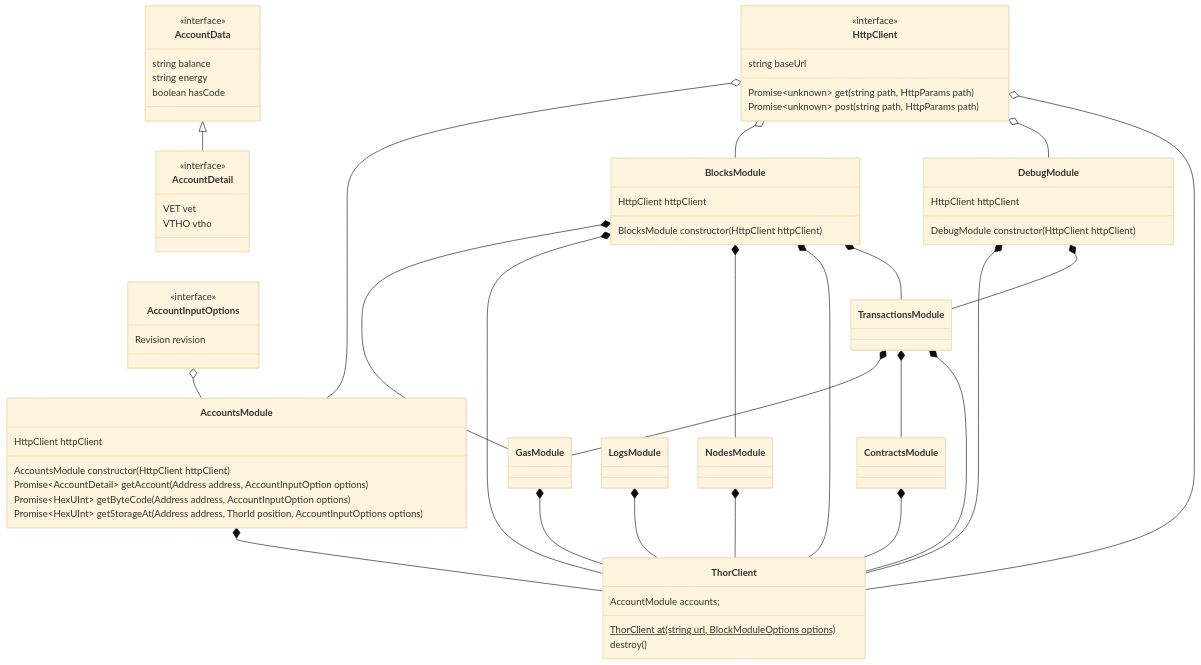
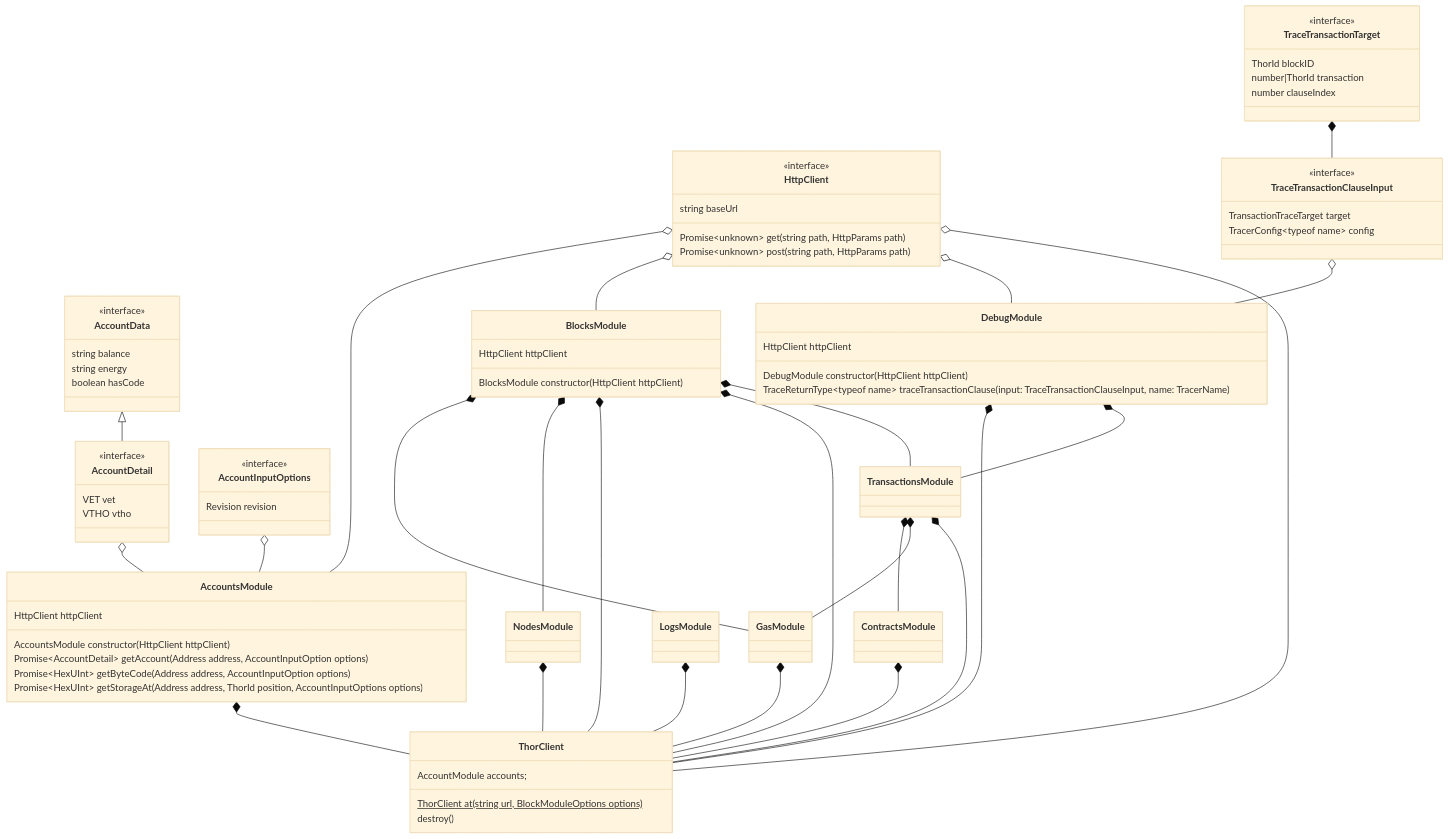
The diagram in docs/diagrams/architecture/network.md (vechain/vechain-sdk-js), drawn with Mermaid (base theme) before and after one commit. The commit also changed 2 other files, not shown here.

Commit message:
feat: 1450 debug module refactoring

````diff
--- a/docs/diagrams/architecture/network.md
+++ b/docs/diagrams/architecture/network.md
@@ -31,7 +31,7 @@
     class DebugModule {
         HttpClient httpClient
         DebugModule constructor(HttpClient httpClient)
-        
+        TraceReturnType~typeof name~ traceTransactionClause(input: TraceTransactionClauseInput, name: TracerName)
     }
     class GasModule {
     }
@@ -50,14 +50,26 @@
         ThorClient at(string url, BlockModuleOptions options)$
         destroy()
     }
+    class TraceTransactionClauseInput {
+        <<interface>>
+        TransactionTraceTarget target
+        TracerConfig~typeof name~ config
+    }
+    class TraceTransactionTarget {
+        <<interface>>
+        ThorId blockID
+        number|ThorId transaction
+        number clauseIndex
+    }
     class TransactionsModule {
     }
     AccountData <|-- AccountDetail
+    AccountDetail o-- AccountsModule
     AccountInputOptions o-- AccountsModule
     AccountsModule *-- ThorClient
     BlocksModule *-- GasModule
+    BlocksModule *-- NodesModule
     BlocksModule *-- ThorClient
-    BlocksModule *-- NodesModule
     BlocksModule *-- ThorClient
     BlocksModule *-- TransactionsModule
     ContractsModule *-- ThorClient
@@ -70,7 +82,9 @@
     HttpClient o-- ThorClient
     LogsModule *-- ThorClient
     NodesModule *-- ThorClient
+    TraceTransactionClauseInput o-- DebugModule
+    TraceTransactionTarget *-- TraceTransactionClauseInput
+    TransactionsModule *-- ContractsModule
     TransactionsModule *-- GasModule
-    TransactionsModule *-- ContractsModule
     TransactionsModule *-- ThorClient
 ```
````
